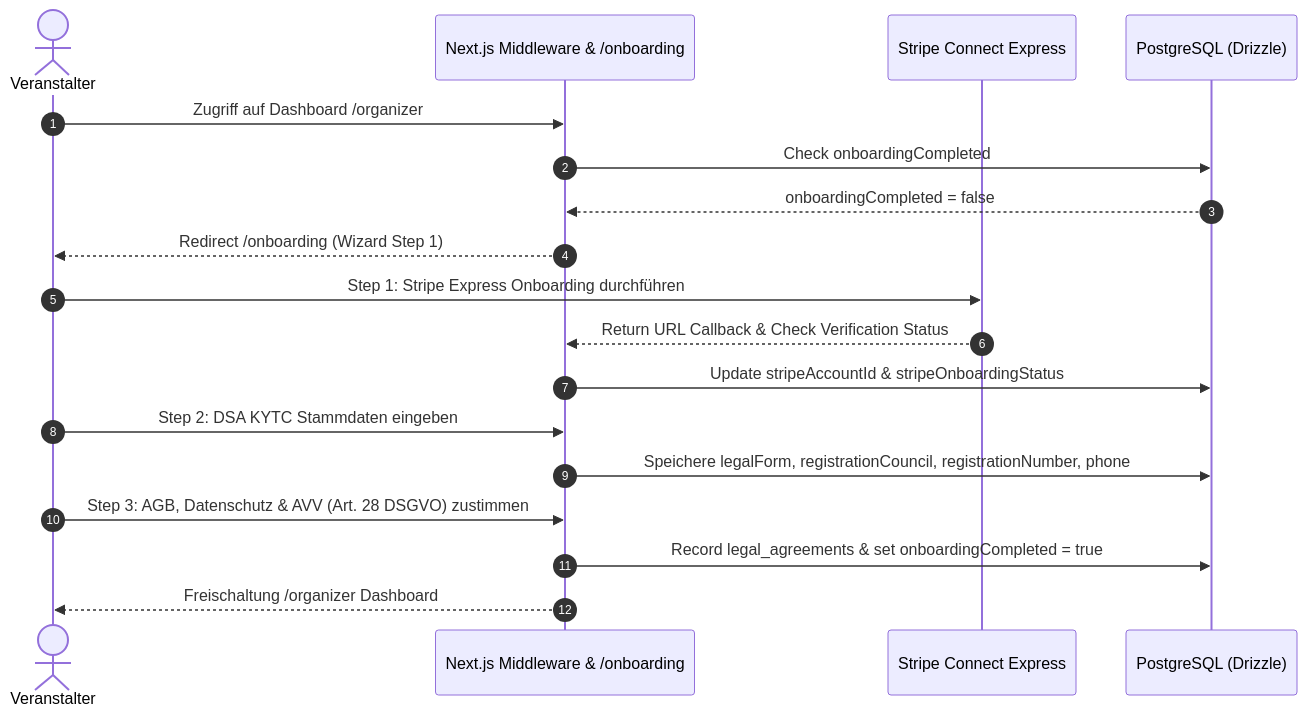
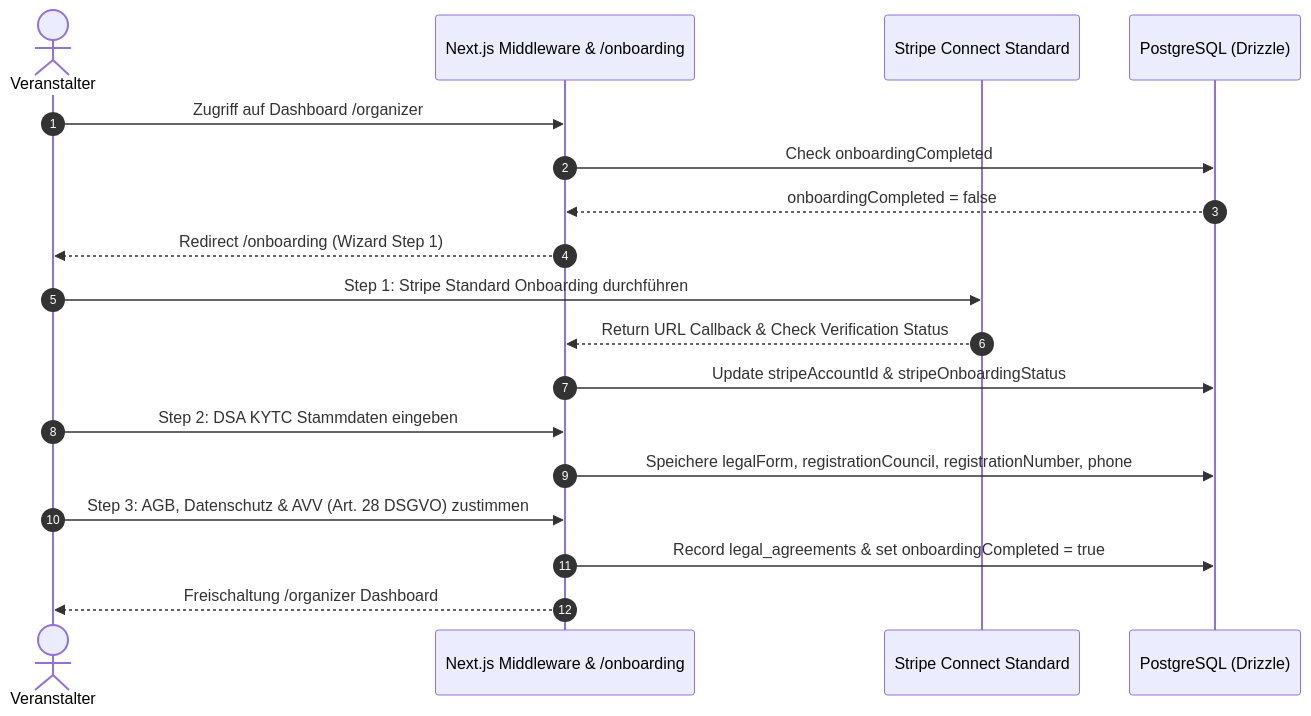
The diagram in docs/modules/ONBOARDING.md (Tulleg/GateMate), drawn with Mermaid before and after one commit. The commit also changed other lines of this file and 13 other files, not shown here.

Commit message:
feat(stripe): Umstellung von Stripe Connect Express auf Stripe Connect Standard

````diff
--- a/docs/modules/ONBOARDING.md
+++ b/docs/modules/ONBOARDING.md
@@ -7,24 +7,24 @@
 ```mermaid
 sequenceDiagram
     autonumber
     actor Organizer as Veranstalter
     participant App as Next.js Middleware & /onboarding
-    participant Stripe as Stripe Connect Express
+    participant Stripe as Stripe Connect Standard
     participant DB as PostgreSQL (Drizzle)
 
     Organizer->>App: Zugriff auf Dashboard /organizer
     App->>DB: Check onboardingCompleted
     DB-->>App: onboardingCompleted = false
     App-->>Organizer: Redirect /onboarding (Wizard Step 1)
     
-    Organizer->>Stripe: Step 1: Stripe Express Onboarding durchführen
+    Organizer->>Stripe: Step 1: Stripe Standard Onboarding durchführen
     Stripe-->>App: Return URL Callback & Check Verification Status
     App->>DB: Update stripeAccountId & stripeOnboardingStatus
     
     Organizer->>App: Step 2: DSA KYTC Stammdaten eingeben
     App->>DB: Speichere legalForm, registrationCouncil, registrationNumber, phone
     
     Organizer->>App: Step 3: AGB, Datenschutz & AVV (Art. 28 DSGVO) zustimmen
     App->>DB: Record legal_agreements & set onboardingCompleted = true
     App-->>Organizer: Freischaltung /organizer Dashboard
 ```
````
